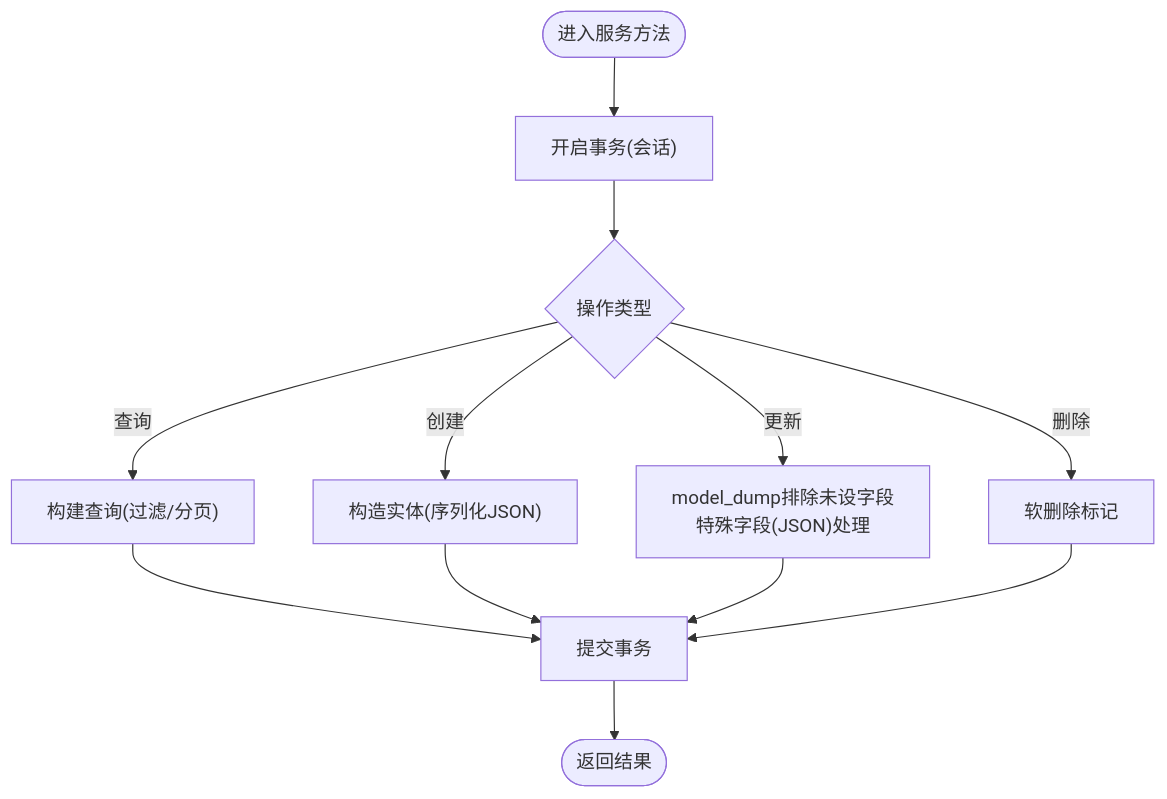
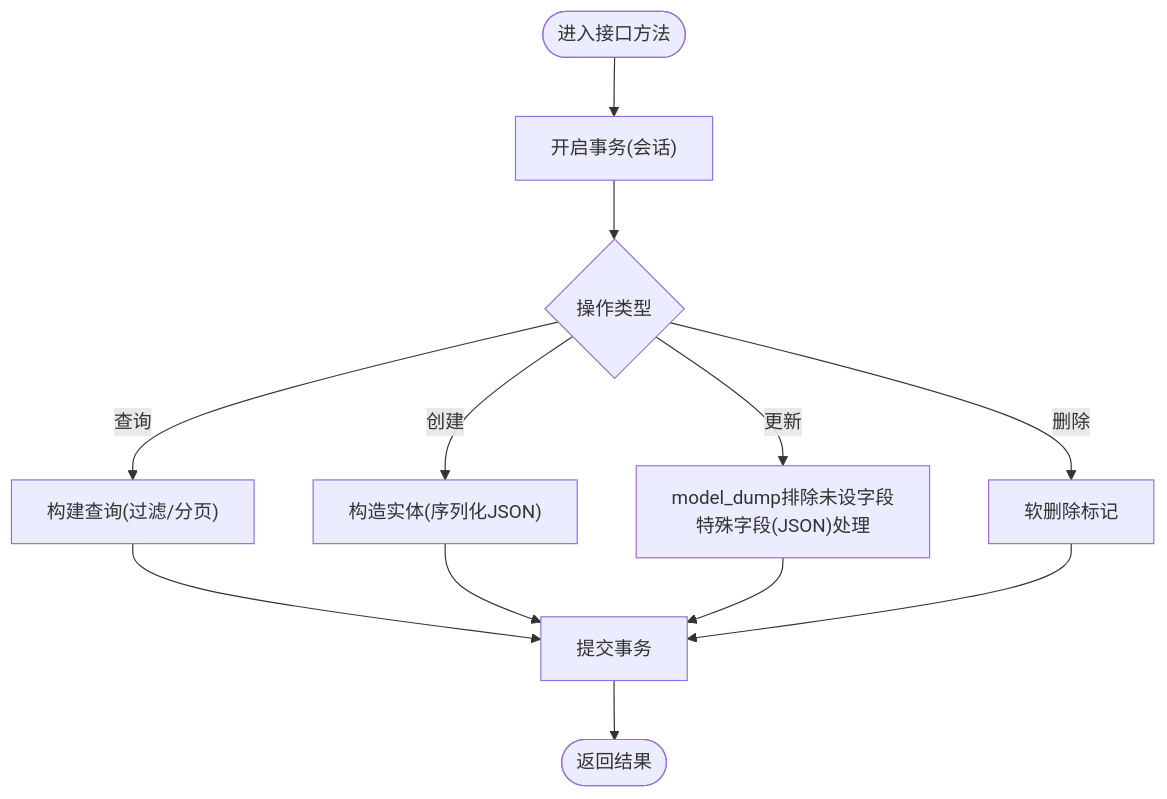
One commit to onebody/ccclubs_AI_RPA changed the fourth of 5 diagrams in .qoder/repowiki/zh/content/数据持久化/数据模型与访问.md. Above: the diagram before and after it, drawn with Mermaid. The commit also changed other lines of this file and 16 other files, not shown here.

````diff
--- a/.qoder/repowiki/zh/content/数据持久化/数据模型与访问.md
+++ b/.qoder/repowiki/zh/content/数据持久化/数据模型与访问.md
@@ -275,14 +254,14 @@
 ```mermaid
 flowchart TD
-Enter(["进入服务方法"]) --> Txn["开启事务(会话)"]
+Enter(["进入接口方法"]) --> Txn["开启事务(会话)"]
 Txn --> Op{"操作类型"}
 Op --> |查询| Qry["构建查询(过滤/分页)"]
 Op --> |创建| Ins["构造实体(序列化JSON)"]
 Op --> |更新| Upd["model_dump排除未设字段<br/>特殊字段(JSON)处理"]
 Op --> |删除| Del["软删除标记"]
 Qry --> Commit["提交事务"]
 Ins --> Commit
 Upd --> Commit
 Del --> Commit
 Commit --> Exit(["返回结果"])
 ```
````
